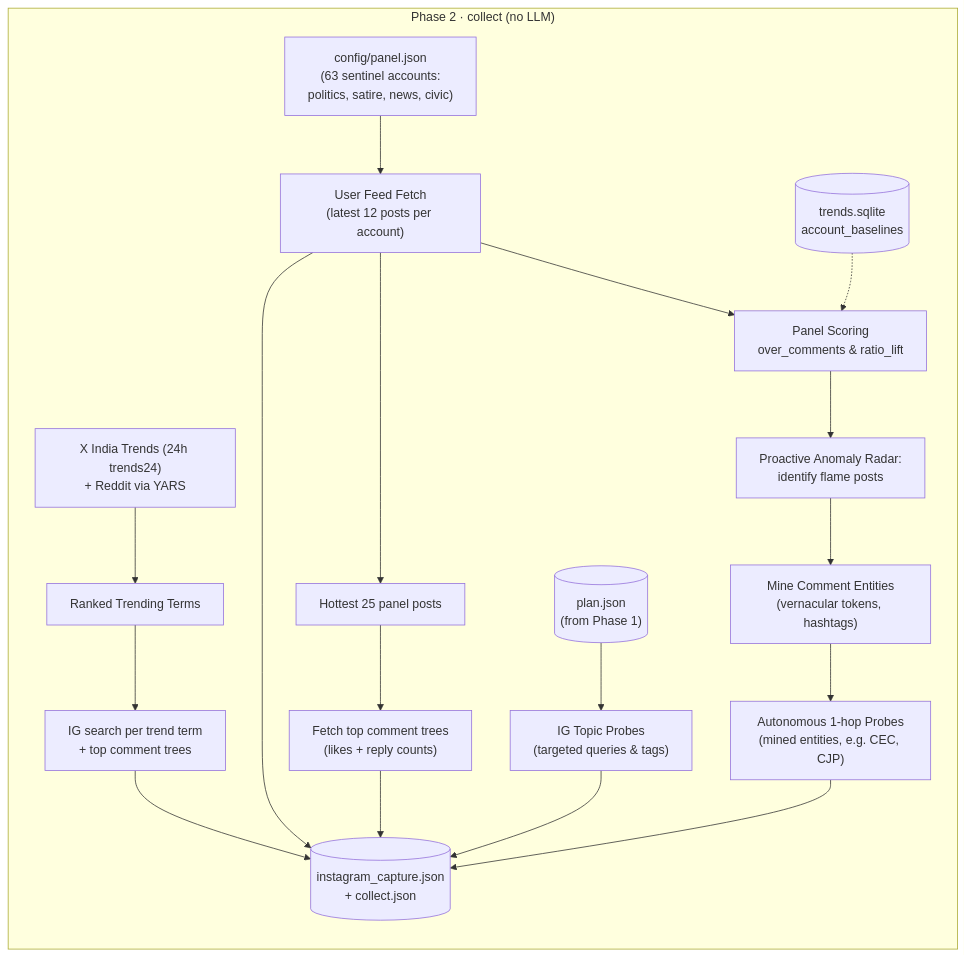
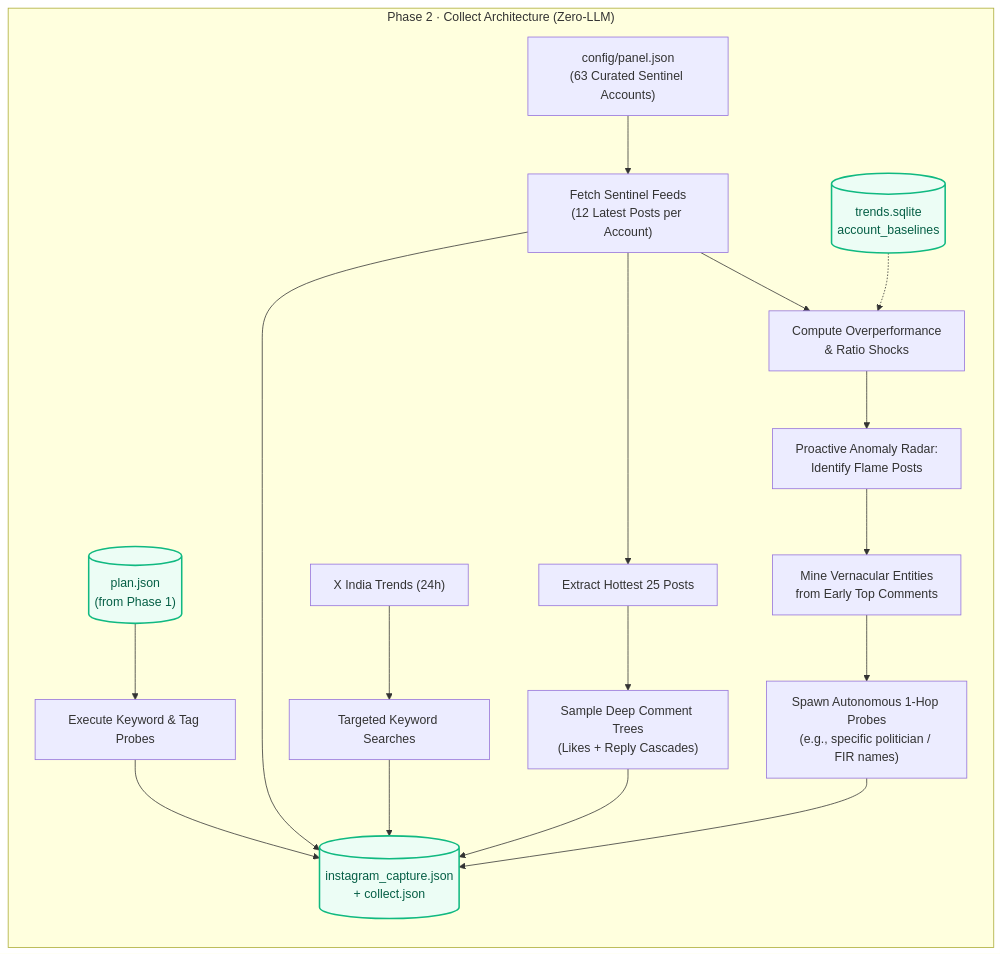
Before and after one commit to shankha06/identify-what-matters: the fifth of 18 diagrams in docs/ARCHITECTURE.md, drawn with Mermaid. The commit also changed other lines of this file and 21 other files, not shown here.

````diff
--- a/docs/ARCHITECTURE.md
+++ b/docs/ARCHITECTURE.md
@@ -125,22 +284,24 @@
 ```mermaid
 flowchart TD
-    subgraph Collect["Phase 2 · collect (no LLM)"]
+    subgraph P2["Phase 2 · Collect Architecture (Zero-LLM)"]
         direction TB
-        X_TRENDS["X India Trends (24h trends24)<br/>+ Reddit via YARS"] --> TT["Ranked Trending Terms"]
-        PANEL_CFG["config/panel.json<br/>(63 sentinel accounts:<br/>politics, satire, news, civic)"] --> FEEDS["User Feed Fetch<br/>(latest 12 posts per account)"]
+        PLAN_IN[("plan.json<br/>(from Phase 1)")] --> PROBES["Execute Keyword & Tag Probes"]
 
-        DB_BASE[("trends.sqlite<br/>account_baselines")] -.-> SCO_PAN["Panel Scoring<br/>over_comments & ratio_lift"]
+        PANEL_CFG["config/panel.json<br/>(63 Curated Sentinel Accounts)"] --> FEEDS["Fetch Sentinel Feeds<br/>(12 Latest Posts per Account)"]
+        BASE_DB[("trends.sqlite<br/>account_baselines")] -.-> SCO_PAN["Compute Overperformance<br/>& Ratio Shocks"]
         FEEDS --> SCO_PAN
-        SCO_PAN --> RADAR_ACT["Proactive Anomaly Radar:<br/>identify flame posts"]
-        RADAR_ACT --> MINE_ENT["Mine Comment Entities<br/>(vernacular tokens, hashtags)"]
 
-        HOT_POSTS["Hottest 25 panel posts"] --> COMM_TREE["Fetch top comment trees<br/>(likes + reply counts)"]
-        FEEDS --> HOT_POSTS
+        SCO_PAN --> RADAR_LIVE["Proactive Anomaly Radar:<br/>Identify Flame Posts"]
+        RADAR_LIVE --> MINE_ENT["Mine Vernacular Entities<br/>from Early Top Comments"]
+        MINE_ENT --> AUTO_PROBES["Spawn Autonomous 1-Hop Probes<br/>(e.g., specific politician / FIR names)"]
 
-        TT --> SEARCH_TT["IG search per trend term<br/>+ top comment trees"]
-        PLAN_JSON_IN[("plan.json<br/>(from Phase 1)")] --> PROBE_IG["IG Topic Probes<br/>(targeted queries & tags)"]
-        MINE_ENT --> AUTONOMOUS_PROBES["Autonomous 1-hop Probes<br/>(mined entities, e.g. CEC, CJP)"]
+        X_TRENDS["X India Trends (24h)"] --> SEARCH_X["Targeted Keyword Searches"]
+        FEEDS --> HOT_FILTER["Extract Hottest 25 Posts"]
+        HOT_FILTER --> TREES["Sample Deep Comment Trees<br/>(Likes + Reply Cascades)"]
 
-        FEEDS & COMM_TREE & SEARCH_TT & PROBE_IG & AUTONOMOUS_PROBES --> CAPTURE[("instagram_capture.json<br/>+ collect.json")]
+        PROBES & FEEDS & AUTO_PROBES & SEARCH_X & TREES --> CAP_OUT[("instagram_capture.json<br/>+ collect.json")]
     end
+
+    classDef store fill:#ecfdf5,stroke:#10b981,stroke-width:2px,color:#065f46;
+    class PLAN_IN,BASE_DB,CAP_OUT store;
 ```
````
